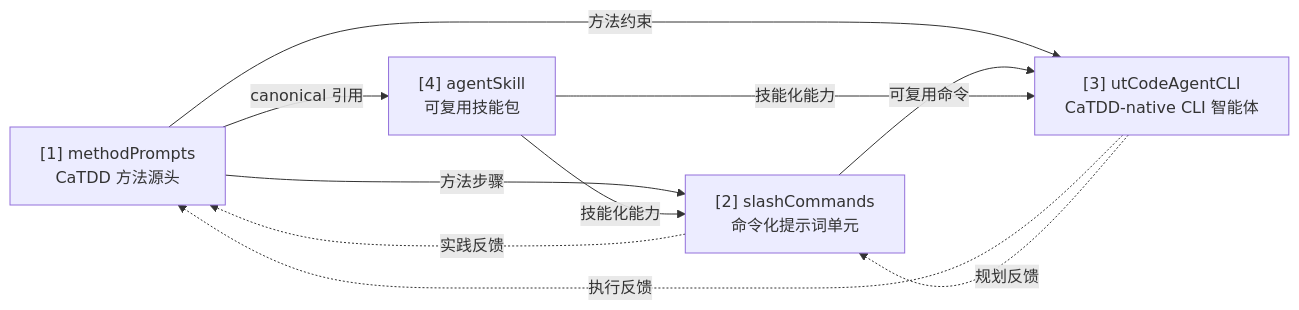
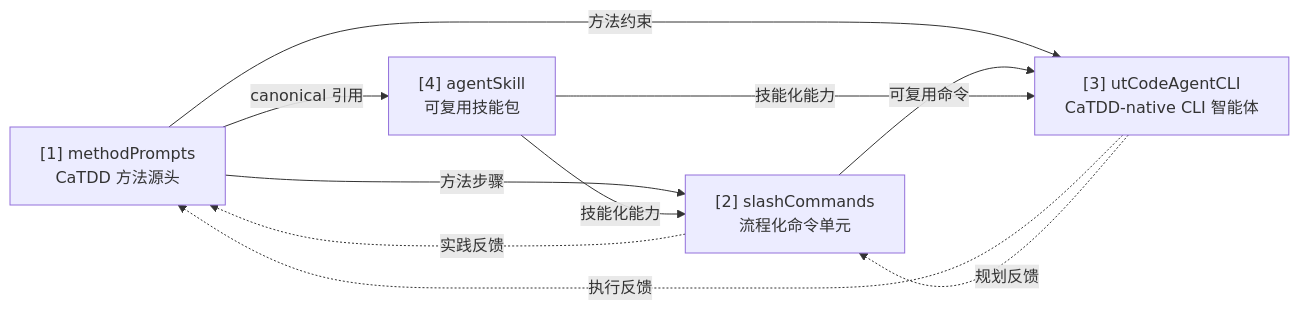
One commit to EnigmaWU/MyCaTDD changed the diagram in README_ZH.md. Above: the diagram before and after it, drawn with Mermaid. The commit also changed other lines of this file and 6 other files, not shown here.

First line of the commit message:
Clarify slashCommands flow automation role

````diff
--- a/README_ZH.md
+++ b/README_ZH.md
@@ -29,17 +29,17 @@
 ```mermaid
 flowchart LR
   L1["[1] methodPrompts<br/>CaTDD 方法源头"]
-  L2["[2] slashCommands<br/>命令化提示词单元"]
+  L2["[2] slashCommands<br/>流程化命令单元"]
   L3["[3] utCodeAgentCLI<br/>CaTDD-native CLI 智能体"]
   L4["[4] agentSkill<br/>可复用技能包"]
 
   L1 -->|方法步骤| L2
   L1 -->|方法约束| L3
   L1 -->|canonical 引用| L4
   L2 -->|可复用命令| L3
   L4 -->|技能化能力| L2
   L4 -->|技能化能力| L3
   L2 -.->|实践反馈| L1
   L3 -.->|执行反馈| L1
   L3 -.->|规划反馈| L2
 ```
````
